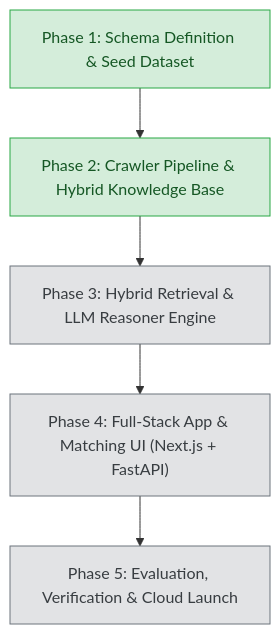
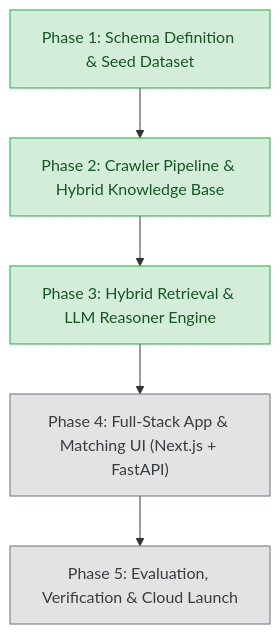
Before and after one commit to evilshaman/government-schemes-rag: the diagram in README.md, drawn with Mermaid. The commit also changed other lines of this file and 16 other files, not shown here.

````diff
--- a/README.md
+++ b/README.md
@@ -9,12 +9,12 @@
 ```mermaid
 flowchart TD
     M1["Phase 1: Schema Definition & Seed Dataset"] --> M2["Phase 2: Crawler Pipeline & Hybrid Knowledge Base"]
     M2 --> M3["Phase 3: Hybrid Retrieval & LLM Reasoner Engine"]
     M3 --> M4["Phase 4: Full-Stack App & Matching UI (Next.js + FastAPI)"]
     M4 --> M5["Phase 5: Evaluation, Verification & Cloud Launch"]
 
     classDef done fill:#d4edda,stroke:#28a745,color:#155724;
     classDef pending fill:#e2e3e5,stroke:#6c757d,color:#383d41;
-    class M1,M2 done;
-    class M3,M4,M5 pending;
+    class M1,M2,M3 done;
+    class M4,M5 pending;
 ```
````
